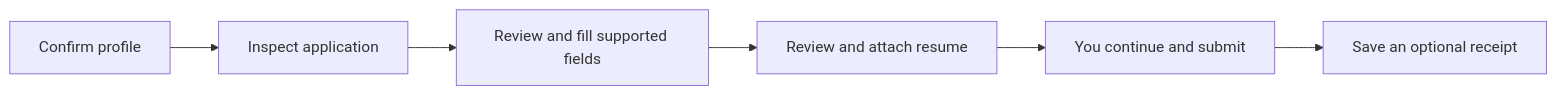
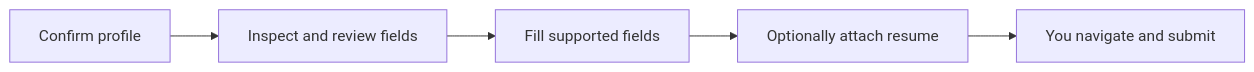
Before and after one commit to mayanknandgowle/auto-apply: the first of 2 diagrams in README.md, drawn with Mermaid. The commit also changed other lines of this file and 6 other files, not shown here.

````diff
--- a/README.md
+++ b/README.md
@@ -24,8 +33,7 @@
 ```mermaid
 flowchart LR
-    A["Confirm profile"] --> B["Inspect application"]
-    B --> C["Review and fill supported fields"]
-    C --> D["Review and attach resume"]
-    D --> E["You continue and submit"]
-    E --> F["Save an optional receipt"]
+    A["Confirm profile"] --> B["Inspect and review fields"]
+    B --> C["Fill supported fields"]
+    C --> D["Optionally attach resume"]
+    D --> E["You navigate and submit"]
 ```
````
